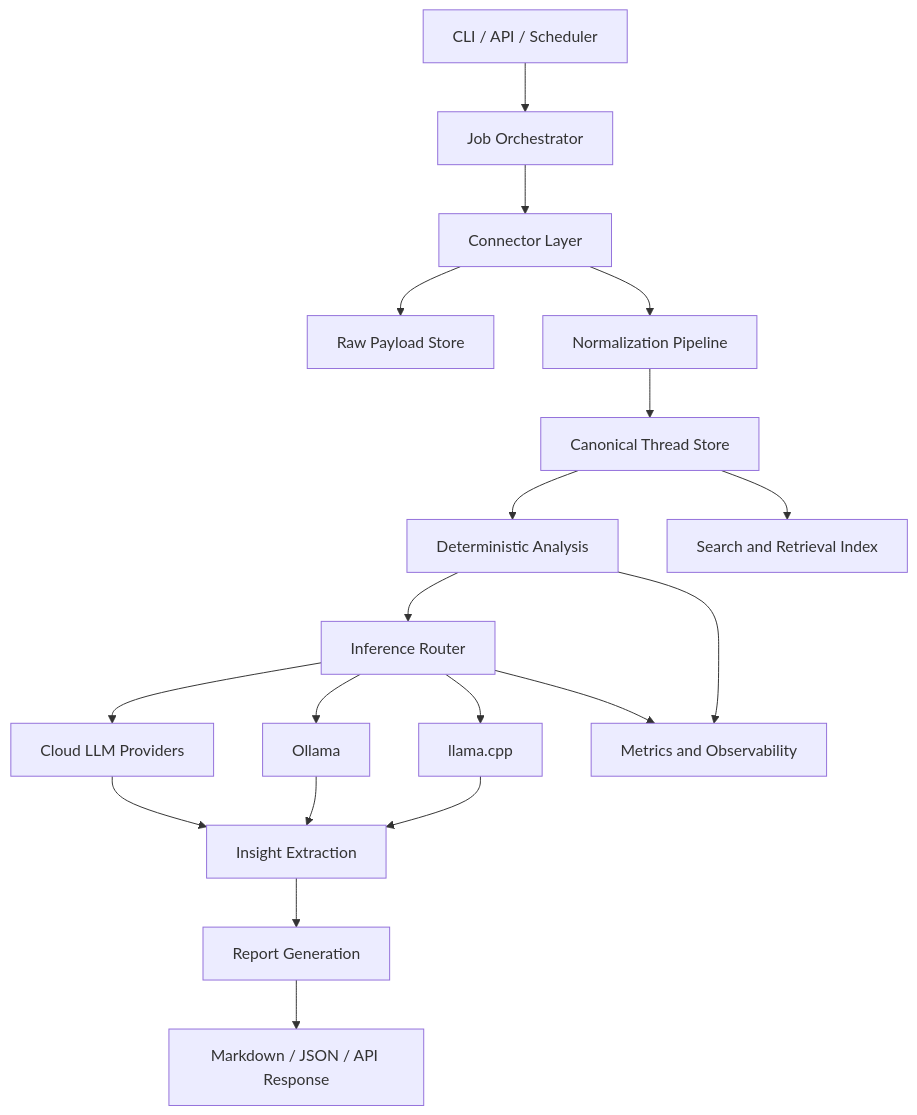
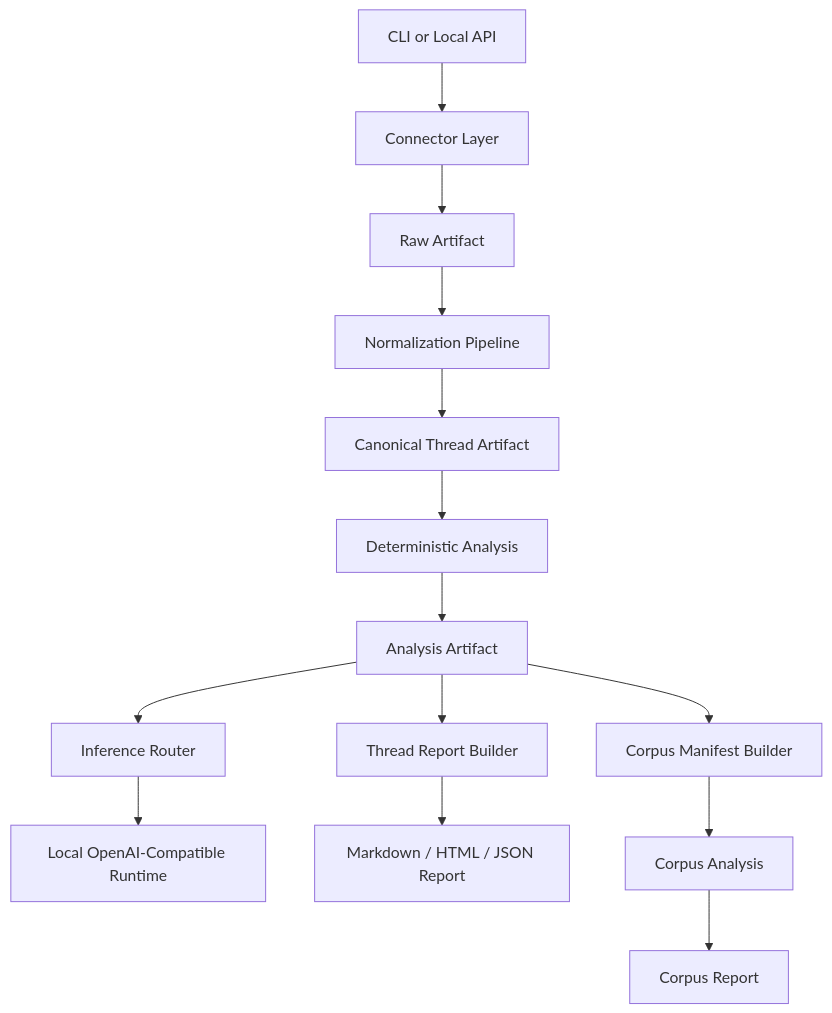
The diagram in docs/system-design.md (Mathews-Tom/ThreadSense), drawn with Mermaid before and after one commit. The commit also changed other lines of this file and 9 other files, not shown here.

````diff
--- a/docs/system-design.md
+++ b/docs/system-design.md
@@ -377,21 +11,16 @@
 ```mermaid
 flowchart TD
-    A[CLI / API / Scheduler] --> B[Job Orchestrator]
-    B --> C[Connector Layer]
-    C --> D[Raw Payload Store]
-    C --> E[Normalization Pipeline]
-    E --> F[Canonical Thread Store]
-    F --> G[Deterministic Analysis]
+    A[CLI or Local API] --> B[Connector Layer]
+    B --> C[Raw Artifact]
+    C --> D[Normalization Pipeline]
+    D --> E[Canonical Thread Artifact]
+    E --> F[Deterministic Analysis]
+    F --> G[Analysis Artifact]
     G --> H[Inference Router]
-    H --> I[Cloud LLM Providers]
-    H --> J[Ollama]
-    H --> K[llama.cpp]
-    I --> L[Insight Extraction]
-    J --> L
-    K --> L
-    L --> M[Report Generation]
-    M --> N[Markdown / JSON / API Response]
-    F --> O[Search and Retrieval Index]
-    G --> P[Metrics and Observability]
-    H --> P
+    H --> I[Local OpenAI-Compatible Runtime]
+    G --> J[Thread Report Builder]
+    J --> K[Markdown / HTML / JSON Report]
+    G --> L[Corpus Manifest Builder]
+    L --> M[Corpus Analysis]
+    M --> N[Corpus Report]
 ```
````
